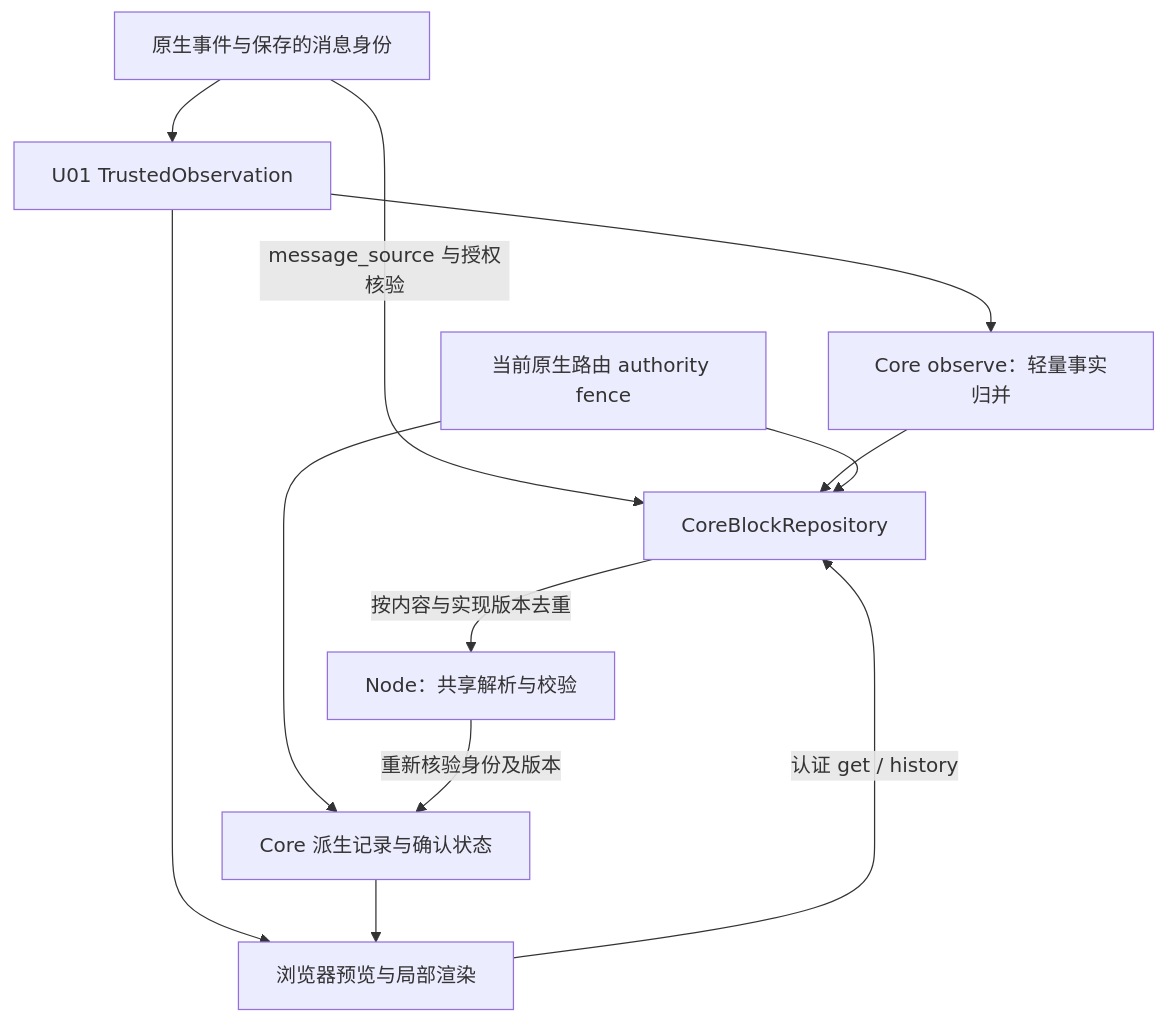
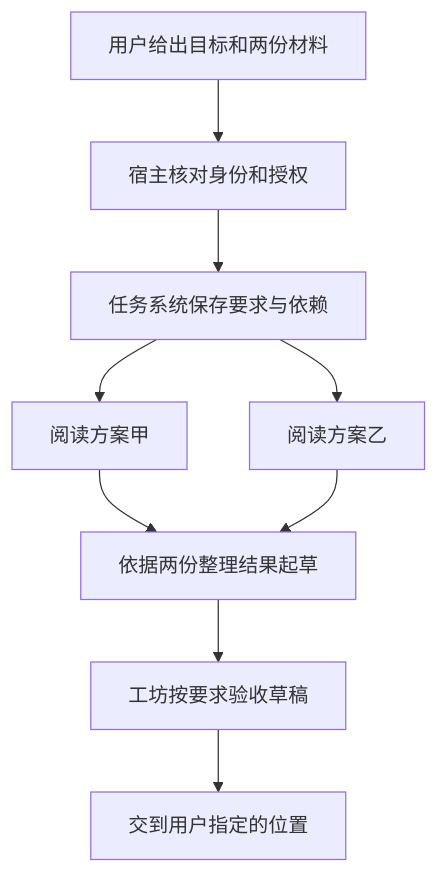
Before and after one commit to mor765504-gif/MGRS: the diagram in docs/002-architecture.md, drawn with Mermaid. The commit also changed other lines of this file and 20 other files, not shown here.

````diff
--- a/docs/002-architecture.md
+++ b/docs/002-architecture.md
@@ -86,14 +17,11 @@
 ```mermaid
 flowchart TD
-    Native["原生事件与保存的消息身份"] --> SSE["U01 TrustedObservation"]
-    SSE --> Facts["Core observe：轻量事实归并"]
-    SSE --> Browser["浏览器预览与局部渲染"]
-    Browser -->|认证 get / history| Read["CoreBlockRepository"]
-    Native -->|message_source 与授权核验| Read
-    Facts --> Read
-    Read -->|按内容与实现版本去重| Compile["Node：共享解析与校验"]
-    Authority["当前原生路由 authority fence"] --> Read
-    Authority --> Saved
-    Compile -->|重新核验身份及版本| Saved["Core 派生记录与确认状态"]
-    Saved --> Browser
+    User["用户给出目标和两份材料"] --> Host["宿主核对身份和授权"]
+    Host --> Task["任务系统保存要求与依赖"]
+    Task --> A["阅读方案甲"]
+    Task --> B["阅读方案乙"]
+    A --> Write["依据两份整理结果起草"]
+    B --> Write
+    Write --> Workshop["工坊按要求验收草稿"]
+    Workshop --> Delivery["交到用户指定的位置"]
 ```
````
